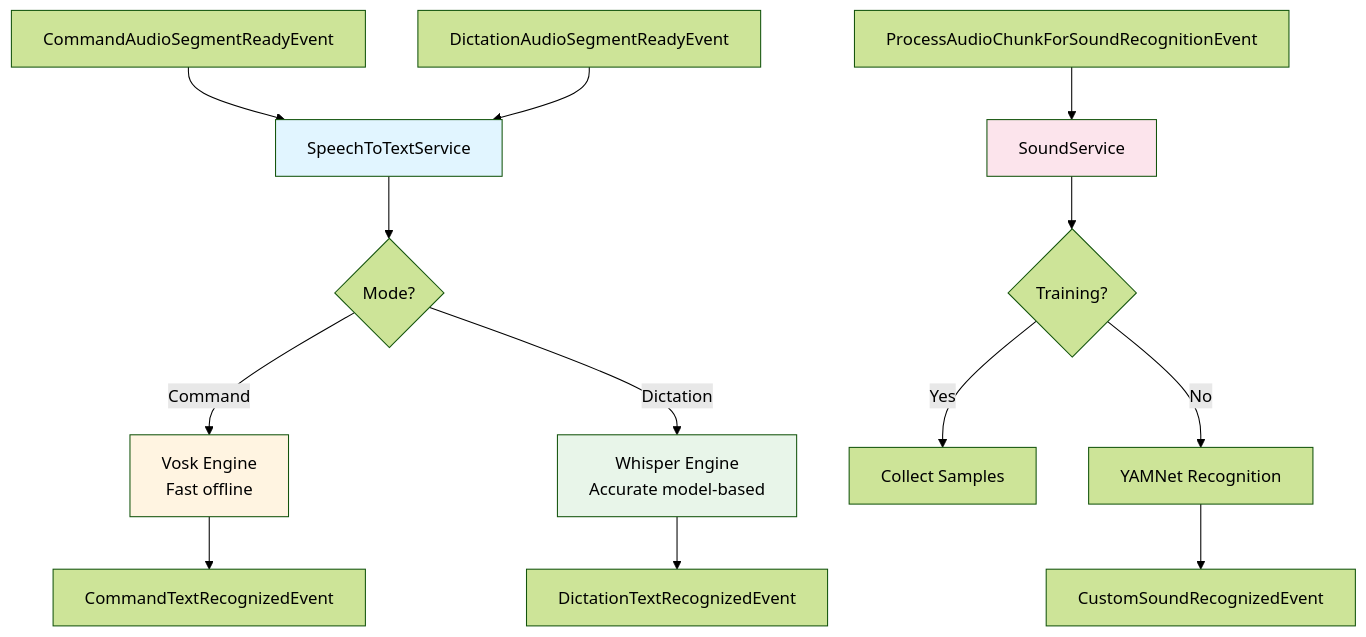
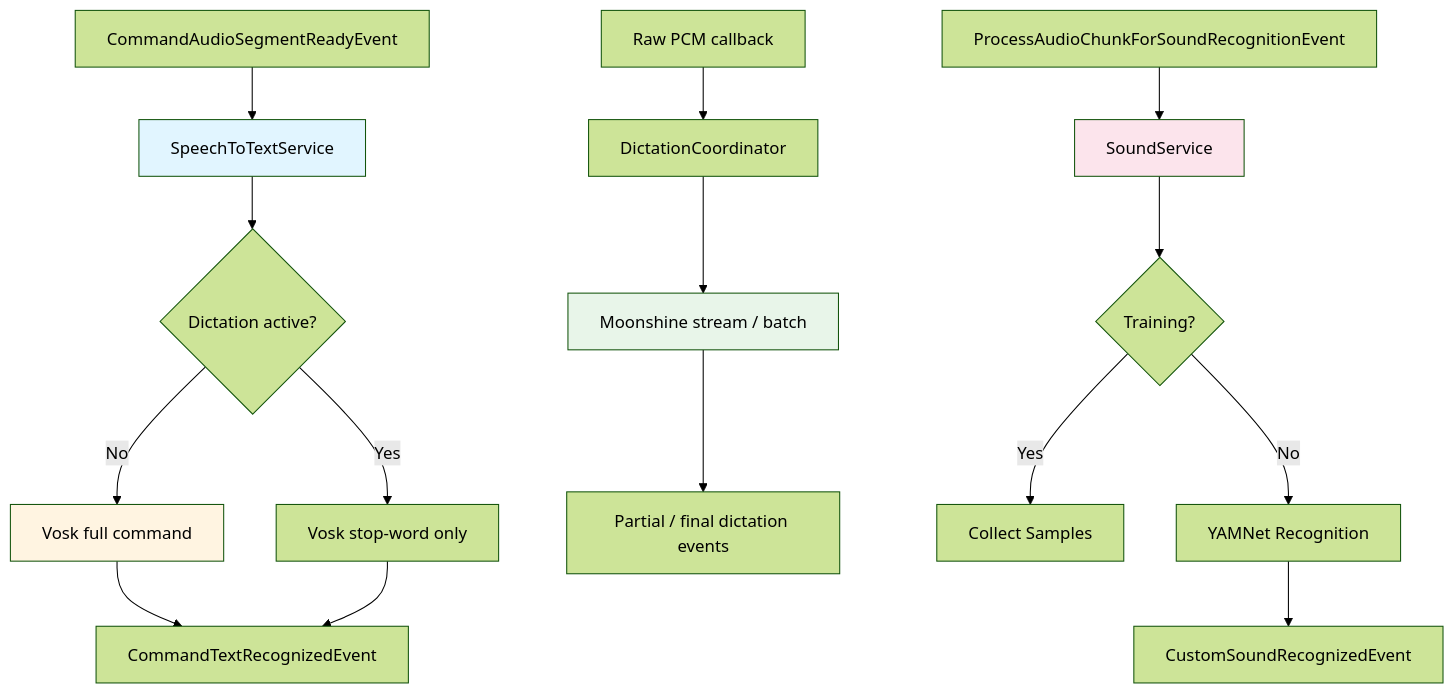
Before and after one commit to rick12000/vocalance: the first of 4 diagrams in docs/developer/speech_and_sound_recognition.rst, drawn with Mermaid (forest theme). The commit also changed other lines of this file and 34 other files, not shown here.

Commit message:
replace whisper with moonshine

```diff
--- a/docs/developer/speech_and_sound_recognition.rst
+++ b/docs/developer/speech_and_sound_recognition.rst
@@ -11,23 +11,25 @@
 .. mermaid::
 
    flowchart TD
        A[CommandAudioSegmentReadyEvent] --> B[SpeechToTextService]
-       C[DictationAudioSegmentReadyEvent] --> B
        D[ProcessAudioChunkForSoundRecognitionEvent] --> E[SoundService]
+       R[Raw PCM callback] --> C[DictationCoordinator]
+       C --> H[Moonshine stream / batch]
 
-       B --> F{Mode?}
-       F -->|Command| G[Vosk Engine<br/>Fast offline]
-       F -->|Dictation| H[Whisper Engine<br/>Accurate model-based]
+       B --> F{Dictation active?}
+       F -->|No| G[Vosk full command]
+       F -->|Yes| G2[Vosk stop-word only]
+       G --> I[CommandTextRecognizedEvent]
+       G2 --> I
 
-       G --> I[CommandTextRecognizedEvent]
-       H --> J[DictationTextRecognizedEvent]
+       H --> J[Partial / final dictation events]
 
        E --> K{Training?}
        K -->|Yes| L[Collect Samples]
        K -->|No| M[YAMNet Recognition]
        M --> N[CustomSoundRecognizedEvent]
 
        style B fill:#e1f5ff
        style E fill:#fce4ec
        style G fill:#fff4e1
        style H fill:#e8f5e9
```
